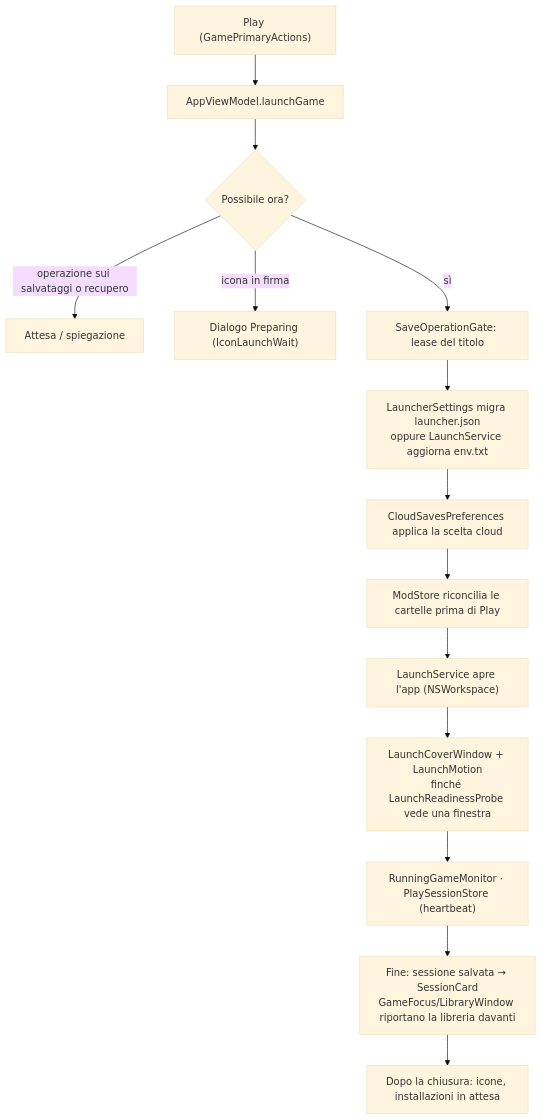
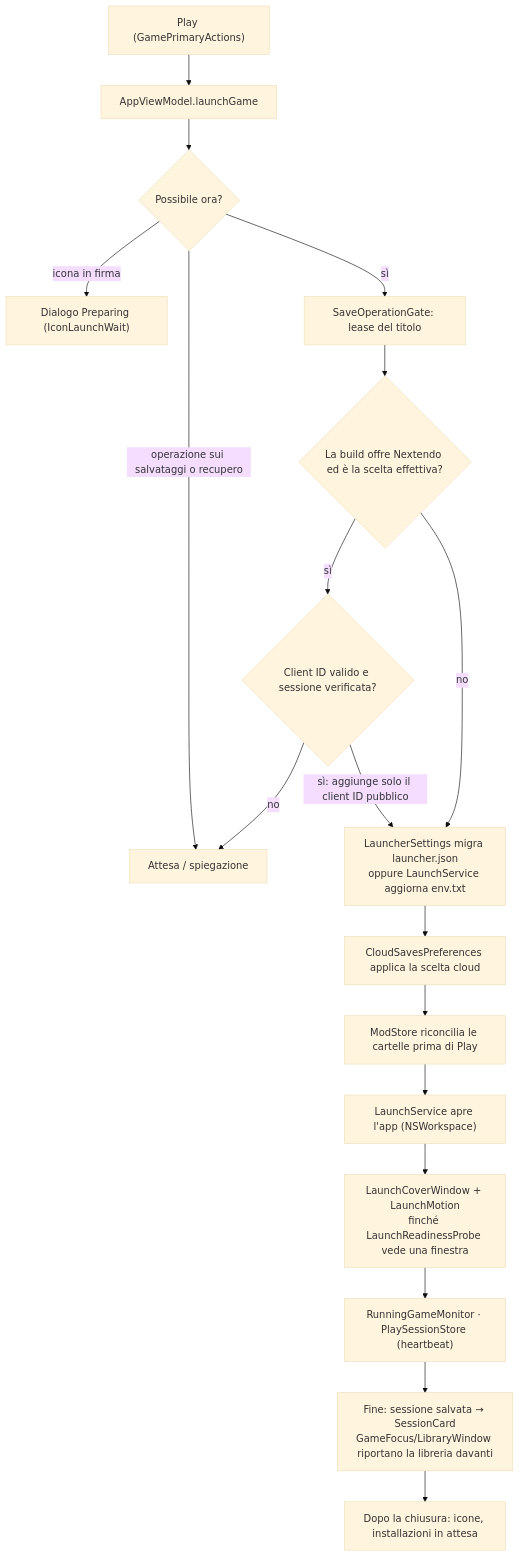
One commit to sofianbll/NxLibrary changed the third of 9 diagrams in docs/how-it-works/flows.md. Above: the diagram before and after it, drawn with Mermaid (base theme). The commit also changed other lines of this file and 26 other files, not shown here.

````diff
--- a/docs/how-it-works/flows.md
+++ b/docs/how-it-works/flows.md
@@ -72,16 +72,20 @@
 ```mermaid
 flowchart TD
     A["Play (GamePrimaryActions)"] --> B["AppViewModel.launchGame"]
     B --> C{"Possibile ora?"}
     C -->|"operazione sui salvataggi o recupero"| X["Attesa / spiegazione"]
     C -->|"icona in firma"| Y["Dialogo Preparing (IconLaunchWait)"]
     C -->|"sì"| D["SaveOperationGate: lease del titolo"]
-    D --> E["LauncherSettings migra launcher.json<br/>oppure LaunchService aggiorna env.txt"]
+    D --> N{"La build offre Nextendo ed è la scelta effettiva?"}
+    N -->|"sì"| P{"Client ID valido e sessione verificata?"}
+    P -->|"no"| X
+    P -->|"sì: aggiunge solo il client ID pubblico"| E
+    N -->|"no"| E["LauncherSettings migra launcher.json<br/>oppure LaunchService aggiorna env.txt"]
     E --> F["CloudSavesPreferences applica la scelta cloud"]
     F --> M["ModStore riconcilia le cartelle prima di Play"]
     M --> G["LaunchService apre l'app (NSWorkspace)"]
     G --> H["LaunchCoverWindow + LaunchMotion<br/>finché LaunchReadinessProbe vede una finestra"]
     H --> I["RunningGameMonitor · PlaySessionStore (heartbeat)"]
     I --> J["Fine: sessione salvata → SessionCard<br/>GameFocus/LibraryWindow riportano la libreria davanti"]
     J --> K["Dopo la chiusura: icone, installazioni in attesa"]
 ```
````
